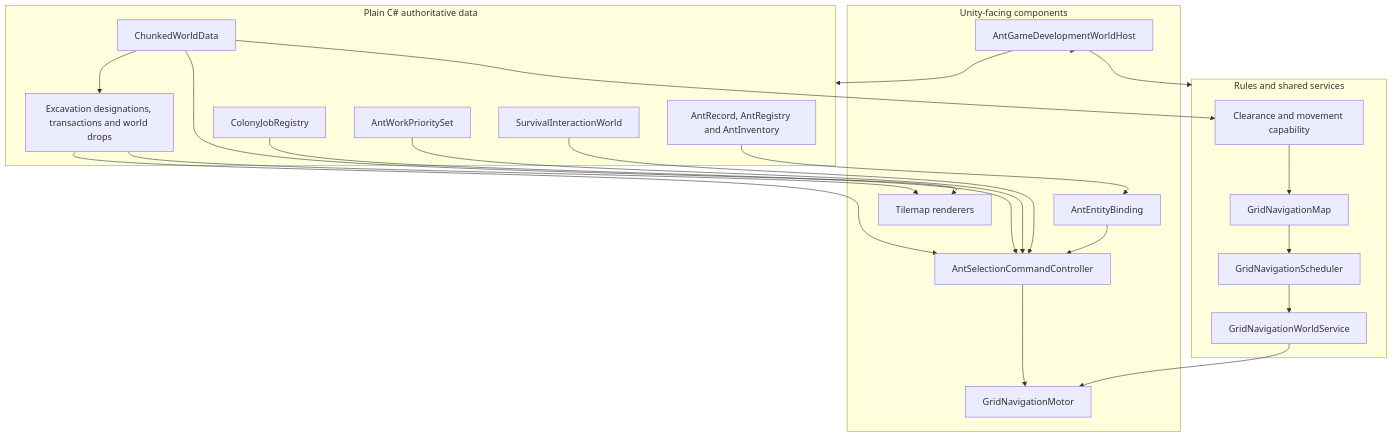
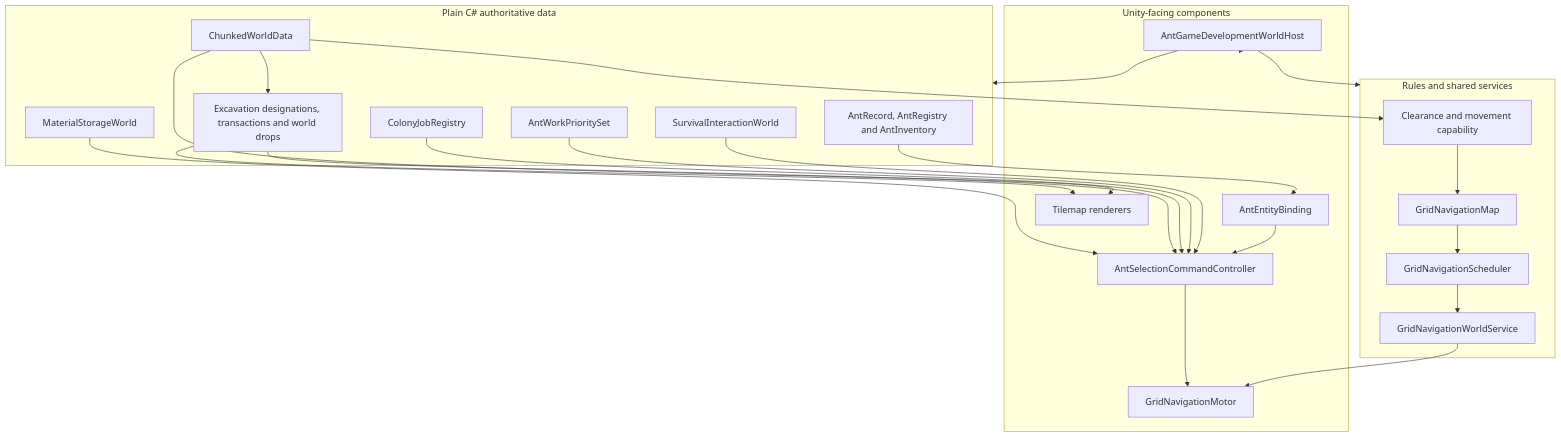
Before and after one commit to Stevr0/AntGame: the diagram in docs/technical-architecture.md, drawn with Mermaid. The commit also changed other lines of this file and 30 other files, not shown here.

````diff
--- a/docs/technical-architecture.md
+++ b/docs/technical-architecture.md
@@ -17,39 +17,41 @@
 ```mermaid
 flowchart TB
   subgraph Data[Plain C# authoritative data]
     AR[AntRecord, AntRegistry and AntInventory]
     WD[ChunkedWorldData]
     SI[SurvivalInteractionWorld]
     JP[AntWorkPrioritySet]
     JR[ColonyJobRegistry]
     DR[Excavation designations, transactions and world drops]
+    MS[MaterialStorageWorld]
   end
 
   subgraph Rules[Rules and shared services]
     CAP[Clearance and movement capability]
     MAP[GridNavigationMap]
     SCH[GridNavigationScheduler]
     GWS[GridNavigationWorldService]
   end
 
   subgraph Unity[Unity-facing components]
     BIND[AntEntityBinding]
     CTRL[AntSelectionCommandController]
     MOTOR[GridNavigationMotor]
     TILE[Tilemap renderers]
     HOST[AntGameDevelopmentWorldHost]
   end
 
   WD --> CAP --> MAP --> SCH --> GWS --> MOTOR
   WD --> TILE
   AR --> BIND --> CTRL
   CTRL --> MOTOR
   SI --> CTRL
   JP --> CTRL
   JR --> CTRL
   DR --> CTRL
+  MS --> CTRL
   WD --> DR --> TILE
   HOST --> Data
   HOST --> Rules
   HOST --> Unity
 ```
````
